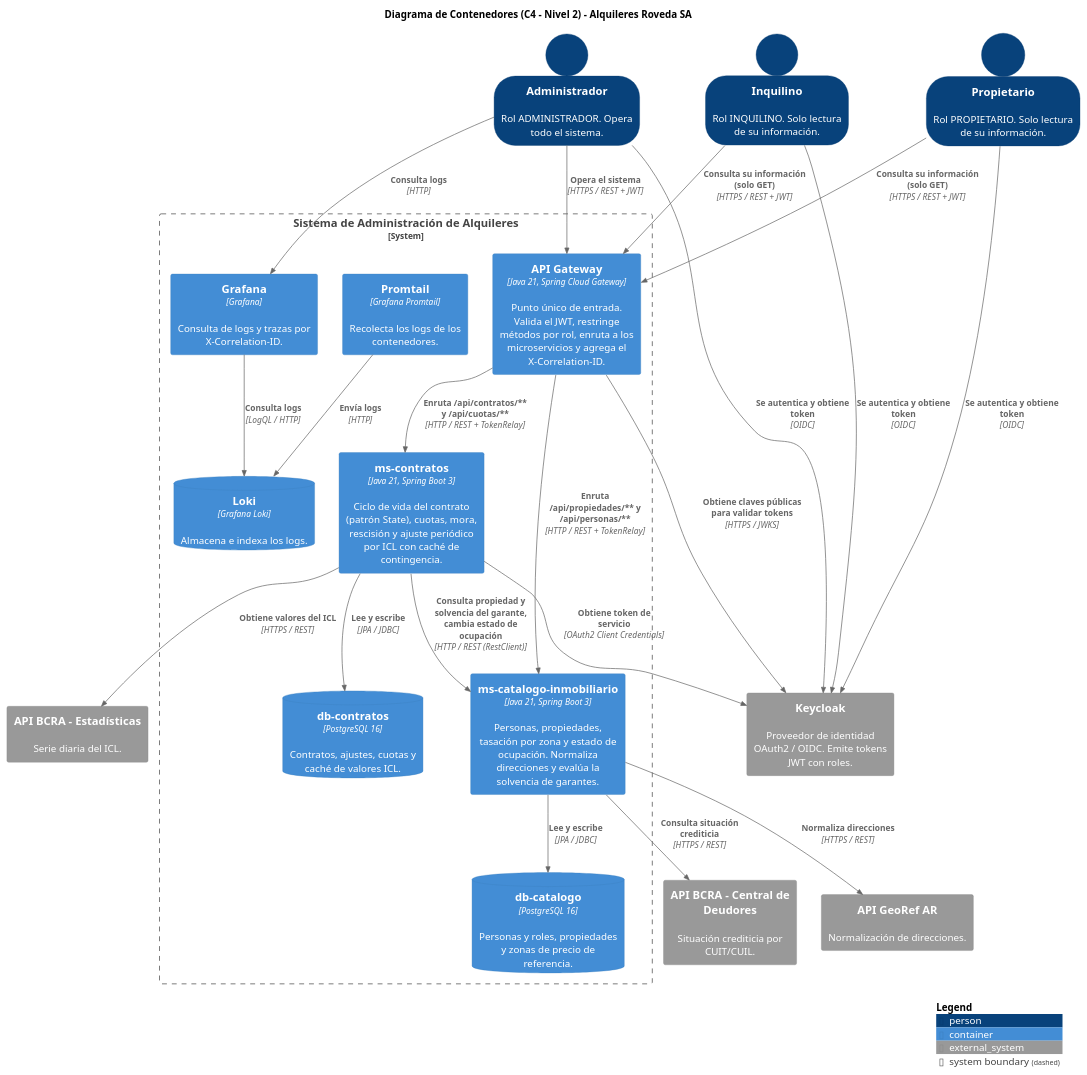
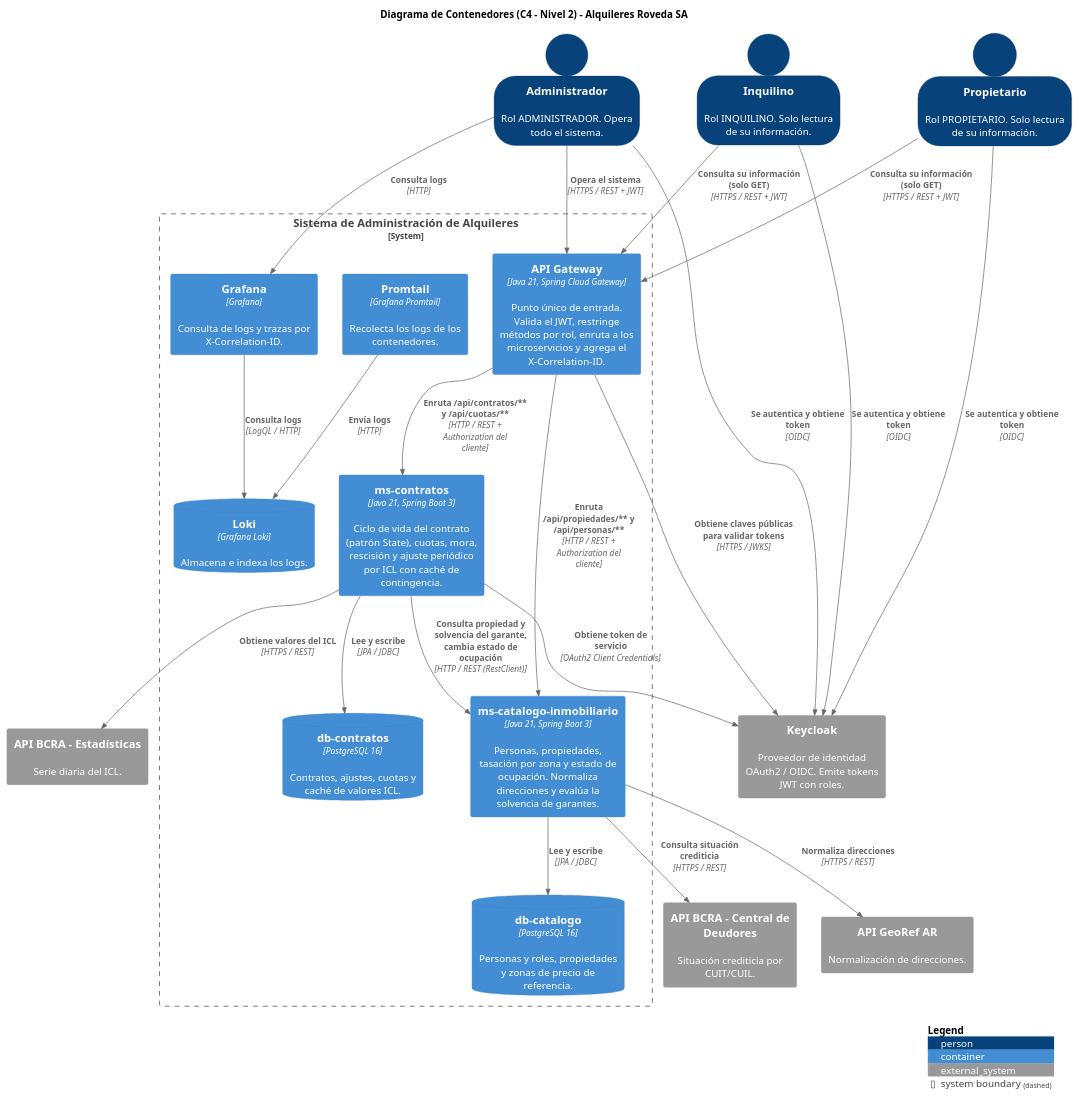
The third of 5 diagrams in docs/Diagramas.md (Luxuul01/tpi-back-RovedaSA), drawn with PlantUML before and after one commit. The commit also changed 8 other files, not shown here.

````diff
--- a/docs/Diagramas.md
+++ b/docs/Diagramas.md
@@ -314,58 +314,58 @@
 ```plantuml
 @startuml C4_Contenedores
 !include https://raw.githubusercontent.com/plantuml-stdlib/C4-PlantUML/master/C4_Container.puml
 
 LAYOUT_TOP_DOWN()
 SHOW_PERSON_OUTLINE()
 
 title Diagrama de Contenedores (C4 - Nivel 2) - Alquileres Roveda SA
 
 Person(admin, "Administrador", "Rol ADMINISTRADOR. Opera todo el sistema.")
 Person(propietario, "Propietario", "Rol PROPIETARIO. Solo lectura de su información.")
 Person(inquilino, "Inquilino", "Rol INQUILINO. Solo lectura de su información.")
 
 System_Ext(keycloak, "Keycloak", "Proveedor de identidad OAuth2 / OIDC. Emite tokens JWT con roles.")
 System_Ext(georef, "API GeoRef AR", "Normalización de direcciones.")
 System_Ext(bcra_deudores, "API BCRA - Central de Deudores", "Situación crediticia por CUIT/CUIL.")
 System_Ext(bcra_estadisticas, "API BCRA - Estadísticas", "Serie diaria del ICL.")
 
 System_Boundary(sistema, "Sistema de Administración de Alquileres") {
     Container(api_gateway, "API Gateway", "Java 21, Spring Cloud Gateway", "Punto único de entrada. Valida el JWT, restringe métodos por rol, enruta a los microservicios y agrega el X-Correlation-ID.")
     Container(ms_catalogo, "ms-catalogo-inmobiliario", "Java 21, Spring Boot 3", "Personas, propiedades, tasación por zona y estado de ocupación. Normaliza direcciones y evalúa la solvencia de garantes.")
     Container(ms_contratos, "ms-contratos", "Java 21, Spring Boot 3", "Ciclo de vida del contrato (patrón State), cuotas, mora, rescisión y ajuste periódico por ICL con caché de contingencia.")
     ContainerDb(db_catalogo, "db-catalogo", "PostgreSQL 16", "Personas y roles, propiedades y zonas de precio de referencia.")
     ContainerDb(db_contratos, "db-contratos", "PostgreSQL 16", "Contratos, ajustes, cuotas y caché de valores ICL.")
     Container(promtail, "Promtail", "Grafana Promtail", "Recolecta los logs de los contenedores.")
     ContainerDb(loki, "Loki", "Grafana Loki", "Almacena e indexa los logs.")
     Container(grafana, "Grafana", "Grafana", "Consulta de logs y trazas por X-Correlation-ID.")
 }
 
 Rel(admin, keycloak, "Se autentica y obtiene token", "OIDC")
 Rel(propietario, keycloak, "Se autentica y obtiene token", "OIDC")
 Rel(inquilino, keycloak, "Se autentica y obtiene token", "OIDC")
 
 Rel(admin, api_gateway, "Opera el sistema", "HTTPS / REST + JWT")
 Rel(propietario, api_gateway, "Consulta su información (solo GET)", "HTTPS / REST + JWT")
 Rel(inquilino, api_gateway, "Consulta su información (solo GET)", "HTTPS / REST + JWT")
 Rel(admin, grafana, "Consulta logs", "HTTP")
 
 Rel(api_gateway, keycloak, "Obtiene claves públicas para validar tokens", "HTTPS / JWKS")
-Rel(api_gateway, ms_catalogo, "Enruta /api/propiedades/~*~* y /api/personas/~*~*", "HTTP / REST + TokenRelay")
-Rel(api_gateway, ms_contratos, "Enruta /api/contratos/~*~* y /api/cuotas/~*~*", "HTTP / REST + TokenRelay")
+Rel(api_gateway, ms_catalogo, "Enruta /api/propiedades/~*~* y /api/personas/~*~*", "HTTP / REST + Authorization del cliente")
+Rel(api_gateway, ms_contratos, "Enruta /api/contratos/~*~* y /api/cuotas/~*~*", "HTTP / REST + Authorization del cliente")
 
 Rel(ms_contratos, ms_catalogo, "Consulta propiedad y solvencia del garante, cambia estado de ocupación", "HTTP / REST (RestClient)")
 Rel(ms_contratos, keycloak, "Obtiene token de servicio", "OAuth2 Client Credentials")
 
 Rel(ms_catalogo, db_catalogo, "Lee y escribe", "JPA / JDBC")
 Rel(ms_contratos, db_contratos, "Lee y escribe", "JPA / JDBC")
 
 Rel(ms_catalogo, georef, "Normaliza direcciones", "HTTPS / REST")
 Rel(ms_catalogo, bcra_deudores, "Consulta situación crediticia", "HTTPS / REST")
 Rel(ms_contratos, bcra_estadisticas, "Obtiene valores del ICL", "HTTPS / REST")
 
 Rel(promtail, loki, "Envía logs", "HTTP")
 Rel(grafana, loki, "Consulta logs", "LogQL / HTTP")
 
 SHOW_LEGEND()
 @enduml
 ```
````
